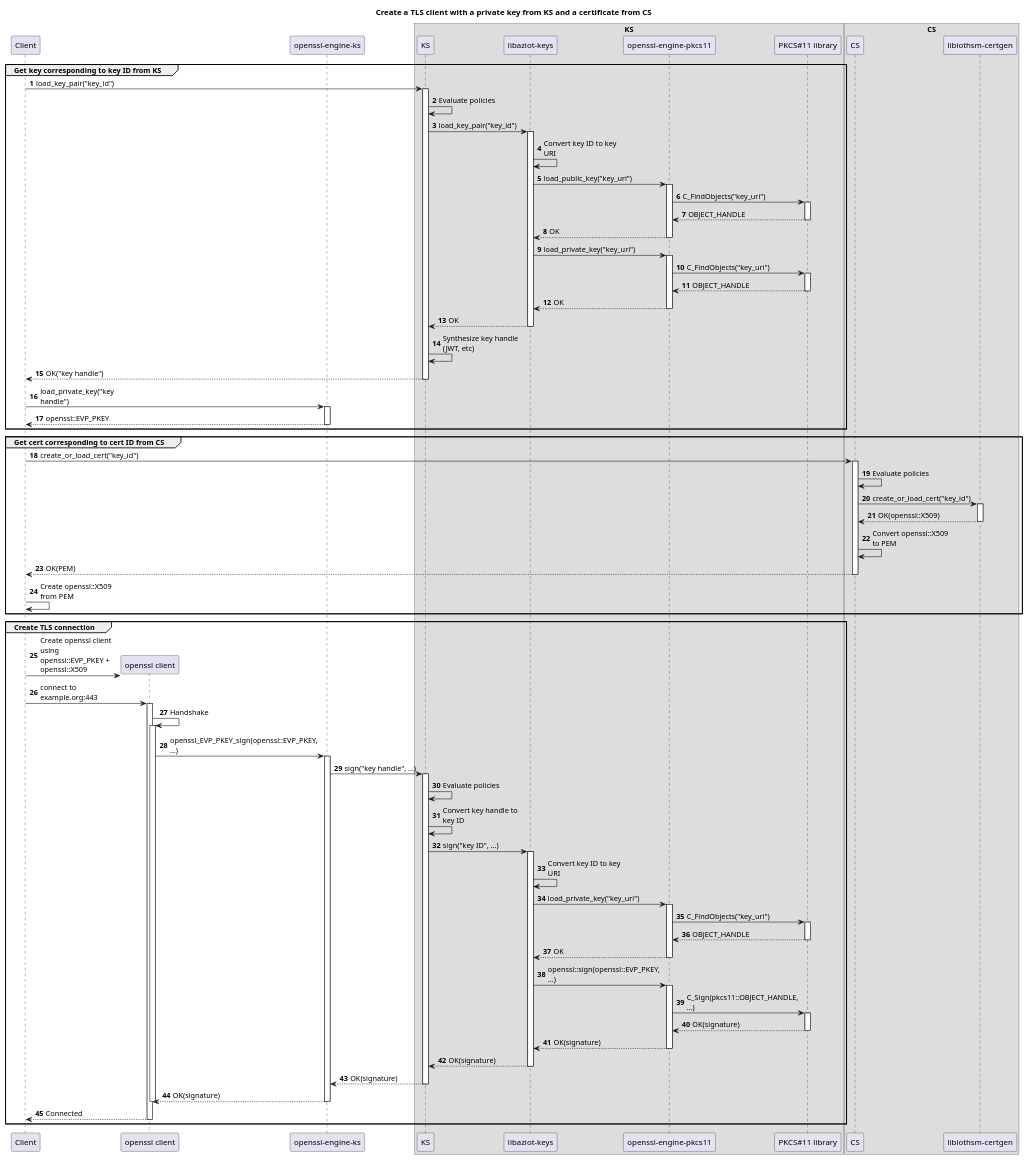
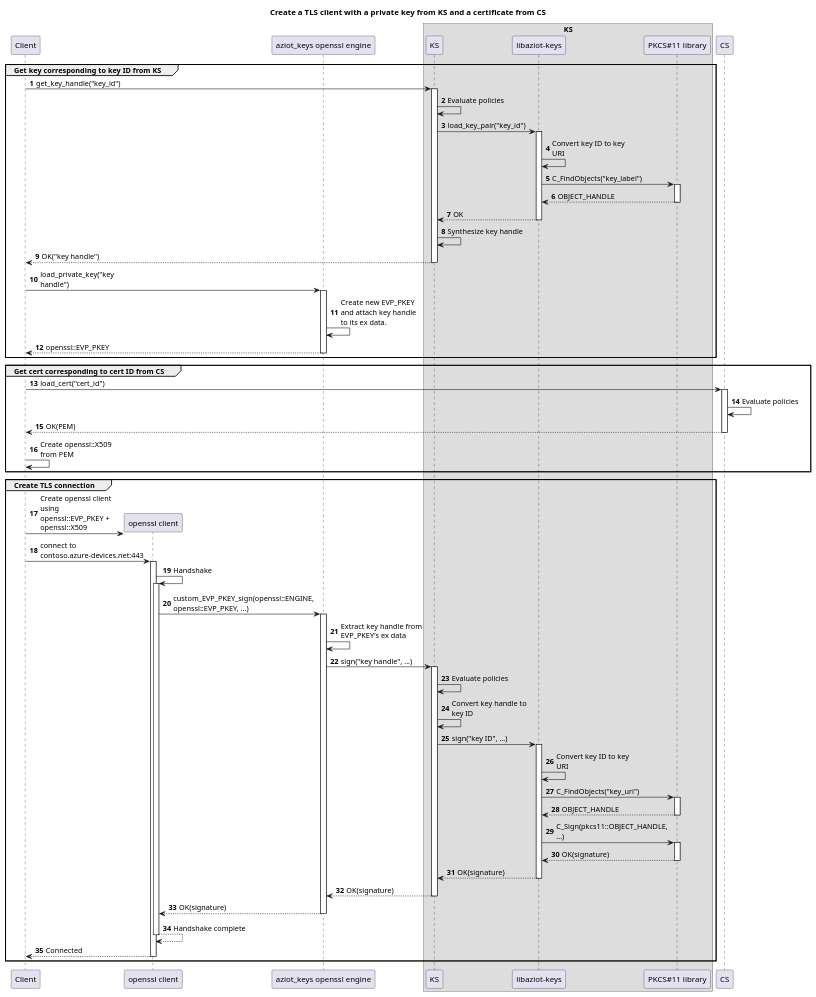
The diagram in docs/plantuml/openssl-engine-internals-tls-client.plantuml (Azure/iot-identity-service), drawn with PlantUML before and after one commit. The commit also changed 1 other file, not shown here.

Commit message:
Update openssl-engine-internals doc.

```diff
--- a/docs/plantuml/openssl-engine-internals-tls-client.plantuml
+++ b/docs/plantuml/openssl-engine-internals-tls-client.plantuml
@@ -1,81 +1,67 @@
 @startuml
 
 title Create a TLS client with a private key from KS and a certificate from CS
 skinparam maxMessageSize 150
 
 participant Client
 participant "openssl client" as openssl
-participant "openssl-engine-ks"
+participant "aziot_keys openssl engine" as ksengine
 
 box KS
 participant KS
 participant "libaziot-keys"
-participant "openssl-engine-pkcs11"
 participant "PKCS#11 library" as pkcs11
 end box
 
-box CS
 participant CS
-participant "libiothsm-certgen"
-end box
 
 autonumber
 
 group Get key corresponding to key ID from KS
-	Client -> KS ++: load_key_pair("key_id")
+	Client -> KS ++: get_key_handle("key_id")
 	KS -> KS: Evaluate policies
 	KS -> "libaziot-keys" ++: load_key_pair("key_id")
 	"libaziot-keys" -> "libaziot-keys": Convert key ID to key URI
-	"libaziot-keys" -> "openssl-engine-pkcs11" ++: load_public_key("key_uri")
-	"openssl-engine-pkcs11" -> pkcs11 ++: C_FindObjects("key_uri")
+	"libaziot-keys" -> pkcs11 ++: C_FindObjects("key_label")
 	return OBJECT_HANDLE
 	return OK
-	"libaziot-keys" -> "openssl-engine-pkcs11" ++: load_private_key("key_uri")
-	"openssl-engine-pkcs11" -> pkcs11 ++: C_FindObjects("key_uri")
-	return OBJECT_HANDLE
-	return OK
-	return OK
-	KS -> KS: Synthesize key handle (JWT, etc)
+	KS -> KS: Synthesize key handle
 	return OK("key handle")
-	Client -> "openssl-engine-ks" ++: load_private_key("key handle")
+
+	Client -> ksengine ++: load_private_key("key handle")
+	ksengine -> ksengine: Create new EVP_PKEY and attach key handle to its ex data.
 	return openssl::EVP_PKEY
 end
 
 group Get cert corresponding to cert ID from CS
-	Client -> CS ++: create_or_load_cert("key_id")
+	Client -> CS ++: load_cert("cert_id")
 	CS -> CS: Evaluate policies
-	CS -> "libiothsm-certgen" ++: create_or_load_cert("key_id")
-	return OK(openssl::X509)
-	CS -> CS: Convert openssl::X509 to PEM
 	return OK(PEM)
 
 	Client -> Client: Create openssl::X509 from PEM
 end
 
 group Create TLS connection
 	Client -> openssl **: Create openssl client using openssl::EVP_PKEY + openssl::X509
-	Client -> openssl ++: connect to example.org:443
+	Client -> openssl ++: connect to contoso.azure-devices.net:443
 
 	openssl -> openssl ++: Handshake
-	openssl -> "openssl-engine-ks" ++: openssl_EVP_PKEY_sign(openssl::EVP_PKEY, ...)
-	"openssl-engine-ks" -> KS ++: sign("key handle", ...)
+	openssl -> ksengine ++: custom_EVP_PKEY_sign(openssl::ENGINE, openssl::EVP_PKEY, ...)
+	ksengine -> ksengine: Extract key handle from EVP_PKEY's ex data
+	ksengine -> KS ++: sign("key handle", ...)
 	KS -> KS: Evaluate policies
 	KS -> KS: Convert key handle to key ID
 	KS -> "libaziot-keys" ++: sign("key ID", ...)
 	"libaziot-keys" -> "libaziot-keys": Convert key ID to key URI
-	"libaziot-keys" -> "openssl-engine-pkcs11" ++: load_private_key("key_uri")
-	"openssl-engine-pkcs11" -> pkcs11 ++: C_FindObjects("key_uri")
+	"libaziot-keys" -> pkcs11 ++: C_FindObjects("key_uri")
 	return OBJECT_HANDLE
-	return OK
-	"libaziot-keys" -> "openssl-engine-pkcs11" ++: openssl::sign(openssl::EVP_PKEY, ...)
-	"openssl-engine-pkcs11" -> pkcs11 ++: C_Sign(pkcs11::OBJECT_HANDLE, ...)
+	"libaziot-keys" -> pkcs11 ++: C_Sign(pkcs11::OBJECT_HANDLE, ...)
 	return OK(signature)
 	return OK(signature)
 	return OK(signature)
 	return OK(signature)
-	return OK(signature)
-	deactivate openssl
+	return Handshake complete
 	return Connected
 end
 
 @enduml
```
